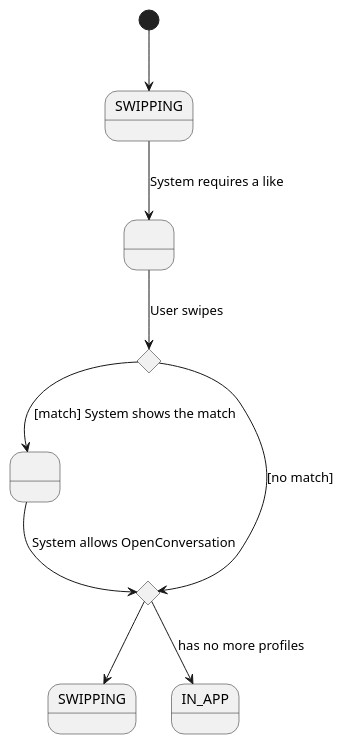
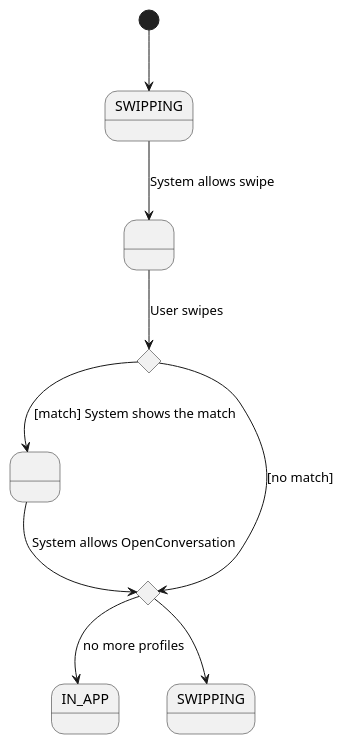
The diagram in docs/src/use-cases/specs/swipe.spec.puml (fraylopez/finder), drawn with PlantUML before and after one commit.

```diff
--- a/docs/src/use-cases/specs/swipe.spec.puml
+++ b/docs/src/use-cases/specs/swipe.spec.puml
@@ -1,22 +1,22 @@
 @startuml
 
 state SWIPPING
 state STATE_1 as " "
+state isMatch <<choice>>
 state SHOW_MATCH_CREATED as " "
 state hasMoreProfiles <<choice>>
+state IN_APP
 state SWIPPING_OUT as "SWIPPING"
-state IN_APP
-state isMatch <<choice>>
 
 
 [*] --> SWIPPING
-SWIPPING --> STATE_1: System requires a like
-STATE_1 --> isMatch : User swipes 
-hasMoreProfiles --> SWIPPING_OUT
-hasMoreProfiles --> IN_APP: has no more profiles
+SWIPPING --> STATE_1: System allows swipe
+STATE_1 --> isMatch : User swipes
 isMatch --> SHOW_MATCH_CREATED: [match] System shows the match
 isMatch --> hasMoreProfiles: [no match]
 SHOW_MATCH_CREATED -->  hasMoreProfiles: System allows OpenConversation
+hasMoreProfiles --> IN_APP: no more profiles
+hasMoreProfiles --> SWIPPING_OUT
 
 
 @enduml
```
